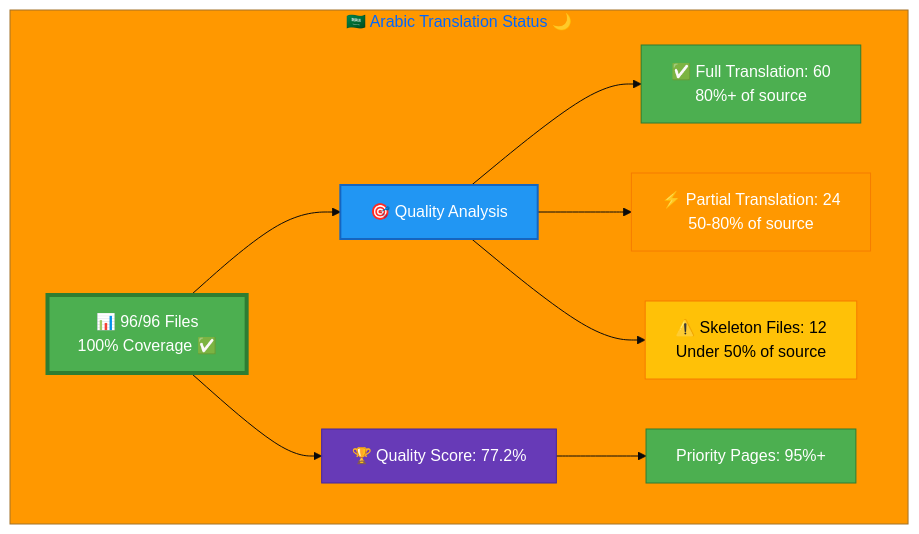
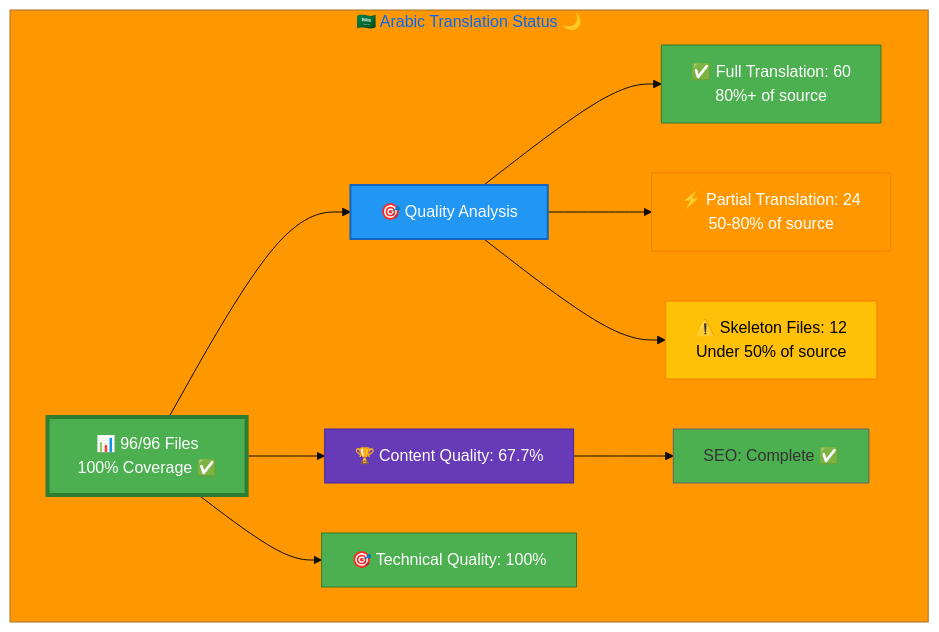
One commit to Hack23/homepage changed the diagram in Arabic-Translation-Status.md. Above: the diagram before and after it, drawn with Mermaid. The commit also changed other lines of this file, not shown here.

Commit message:
Update Arabic-Translation-Status.md with accurate quality metrics (67.7% content, 100% technical)

````diff
--- a/Arabic-Translation-Status.md
+++ b/Arabic-Translation-Status.md
@@ -13,23 +13,24 @@
 ```mermaid
 %%{init: {'theme':'base', 'themeVariables': {'primaryColor':'#4CAF50','secondaryColor':'#2196F3','tertiaryColor':'#FF9800','fontSize':'16px'}}}%%
 graph TB
     subgraph "🇸🇦 Arabic Translation Status 🌙"
         A["📊 96/96 Files<br/>100% Coverage ✅"]
         
         A --> B["🎯 Quality Analysis"]
         B --> C["✅ Full Translation: 60<br/>80%+ of source"]
         B --> D["⚡ Partial Translation: 24<br/>50-80% of source"]
         B --> E["⚠️ Skeleton Files: 12<br/>Under 50% of source"]
         
-        A --> H["🏆 Quality Score: 77.2%"]
-        H --> I["Priority Pages: 95%+"]
+        A --> H["🏆 Content Quality: 67.7%"]
+        A --> I["🎯 Technical Quality: 100%"]
+        H --> J["SEO: Complete ✅"]
         
         style A fill:#4CAF50,stroke:#2E7D32,color:#fff,stroke-width:4px
         style B fill:#2196F3,stroke:#1565C0,color:#fff,stroke-width:2px
         style C fill:#4CAF50,stroke:#2E7D32,color:#fff
         style D fill:#FF9800,stroke:#F57C00,color:#fff
         style E fill:#FFC107,stroke:#F57C00,color:#000
         style H fill:#673AB7,stroke:#4527A0,color:#fff
         style I fill:#4CAF50,stroke:#2E7D32,color:#fff
     end
 ```
````
